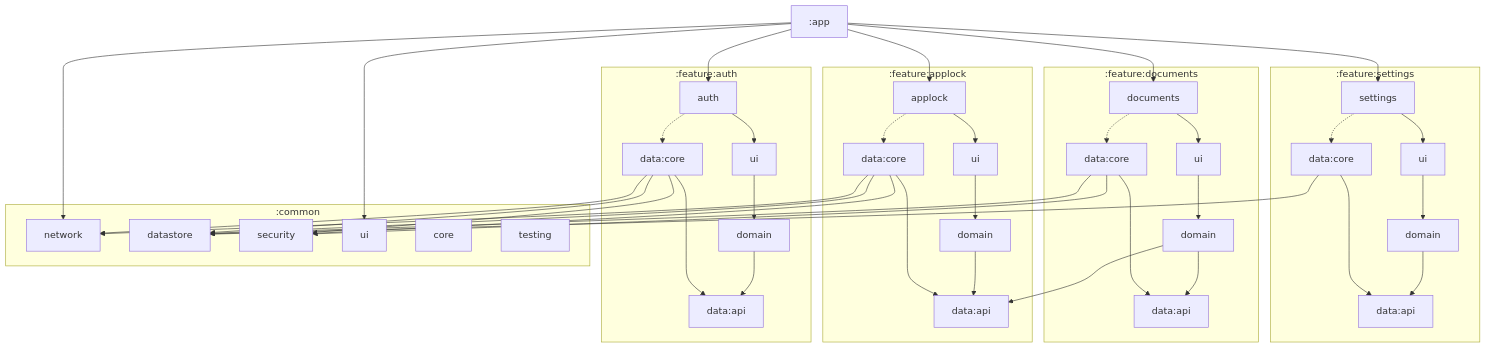
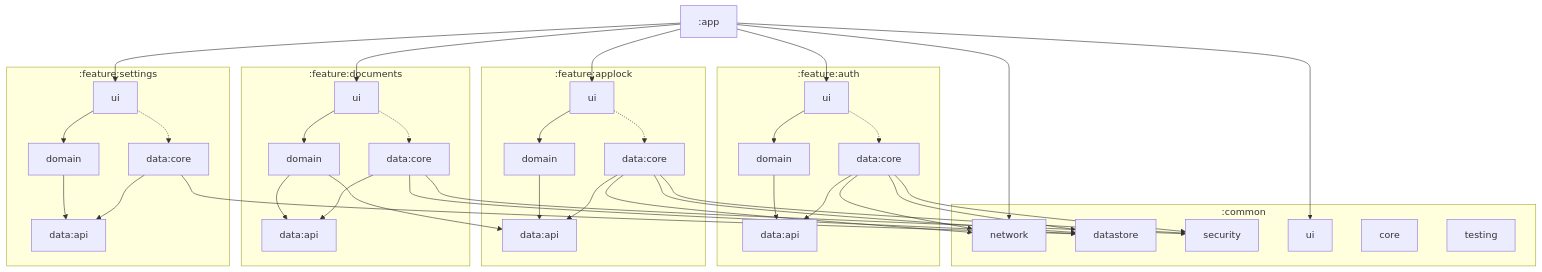
The diagram in README.md (kristiankosharov/Vigil), drawn with Mermaid before and after one commit. The commit also changed other lines of this file and 19 other files, not shown here.

First line of the commit message:
:app depends only on features' ui; each ui brings its data:core runtime-only

````diff
--- a/README.md
+++ b/README.md
@@ -212,49 +212,45 @@
 ```mermaid
 flowchart TD
     app[":app"]
 
     subgraph authGroup [":feature:auth"]
-        auth["auth"] --> authUi
-        auth -.-> authCore
         authUi["ui"] --> authDomain["domain"] --> authApi["data:api"]
+        authUi -.-> authCore
         authCore["data:core"] --> authApi
     end
 
     subgraph applockGroup [":feature:applock"]
-        applock["applock"] --> applockUi
-        applock -.-> applockCore
         applockUi["ui"] --> applockDomain["domain"] --> applockApi["data:api"]
+        applockUi -.-> applockCore
         applockCore["data:core"] --> applockApi
     end
 
     subgraph documentsGroup [":feature:documents"]
-        documents["documents"] --> documentsUi
-        documents -.-> documentsCore
         documentsUi["ui"] --> documentsDomain["domain"] --> documentsApi["data:api"]
+        documentsUi -.-> documentsCore
         documentsCore["data:core"] --> documentsApi
     end
 
     subgraph settingsGroup [":feature:settings"]
-        settings["settings"] --> settingsUi
-        settings -.-> settingsCore
         settingsUi["ui"] --> settingsDomain["domain"] --> settingsApi["data:api"]
+        settingsUi -.-> settingsCore
         settingsCore["data:core"] --> settingsApi
     end
 
     subgraph common [":common"]
         network["network"]
         datastore["datastore"]
         security["security"]
         commonUi["ui"]
         core["core"]
         testing["testing"]
     end
 
-    app --> auth & applock & documents & settings
+    app --> authUi & applockUi & documentsUi & settingsUi
     app --> commonUi & network
     authCore --> network & datastore & security
     applockCore --> network & datastore & security
     documentsCore --> datastore & security
     documentsDomain --> applockApi
     settingsCore --> datastore
 ```
````
